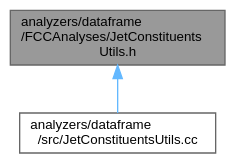
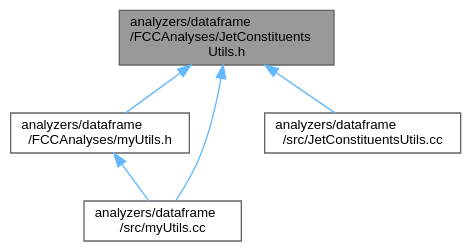
The diagram in doc/latest/_jet_constituents_utils_8h__dep__incl.dot (mcepeda/FCCAnalyses), drawn with Graphviz before and after one commit. The commit also changed 428 other files, not shown here.

```diff
--- a/doc/latest/_jet_constituents_utils_8h__dep__incl.dot
+++ b/doc/latest/_jet_constituents_utils_8h__dep__incl.dot
@@ -1,10 +1,15 @@
 digraph "analyzers/dataframe/FCCAnalyses/JetConstituentsUtils.h"
 {
  // LATEX_PDF_SIZE
   bgcolor="transparent";
   edge [fontname=Helvetica,fontsize=10,labelfontname=Helvetica,labelfontsize=10];
   node [fontname=Helvetica,fontsize=10,shape=box,height=0.2,width=0.4];
   Node1 [id="Node000001",label="analyzers/dataframe\l/FCCAnalyses/JetConstituents\lUtils.h",height=0.2,width=0.4,color="gray40", fillcolor="grey60", style="filled", fontcolor="black",tooltip=" "];
   Node1 -> Node2 [id="edge1_Node000001_Node000002",dir="back",color="steelblue1",style="solid",tooltip=" "];
-  Node2 [id="Node000002",label="analyzers/dataframe\l/src/JetConstituentsUtils.cc",height=0.2,width=0.4,color="grey40", fillcolor="white", style="filled",URL="$_jet_constituents_utils_8cc.html",tooltip=" "];
+  Node2 [id="Node000002",label="analyzers/dataframe\l/FCCAnalyses/myUtils.h",height=0.2,width=0.4,color="grey40", fillcolor="white", style="filled",URL="$my_utils_8h.html",tooltip=" "];
+  Node2 -> Node3 [id="edge2_Node000002_Node000003",dir="back",color="steelblue1",style="solid",tooltip=" "];
+  Node3 [id="Node000003",label="analyzers/dataframe\l/src/myUtils.cc",height=0.2,width=0.4,color="grey40", fillcolor="white", style="filled",URL="$my_utils_8cc.html",tooltip=" "];
+  Node1 -> Node4 [id="edge3_Node000001_Node000004",dir="back",color="steelblue1",style="solid",tooltip=" "];
+  Node4 [id="Node000004",label="analyzers/dataframe\l/src/JetConstituentsUtils.cc",height=0.2,width=0.4,color="grey40", fillcolor="white", style="filled",URL="$_jet_constituents_utils_8cc.html",tooltip=" "];
+  Node1 -> Node3 [id="edge4_Node000001_Node000003",dir="back",color="steelblue1",style="solid",tooltip=" "];
 }
```
